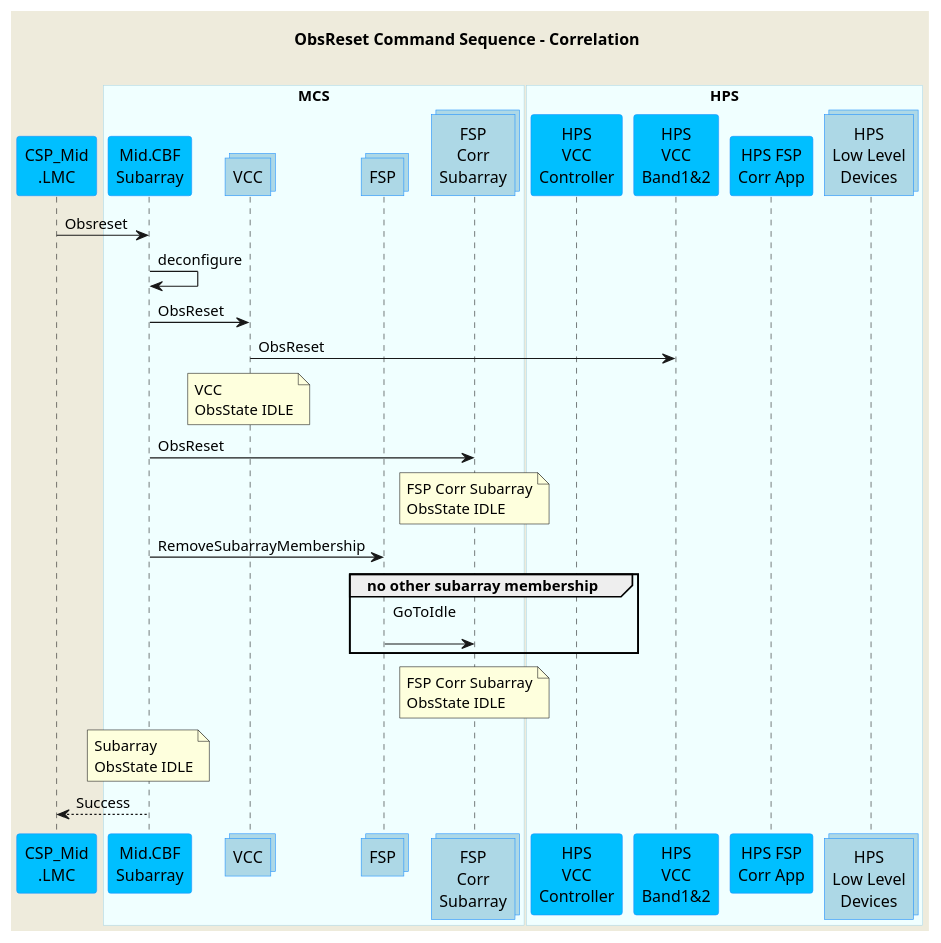
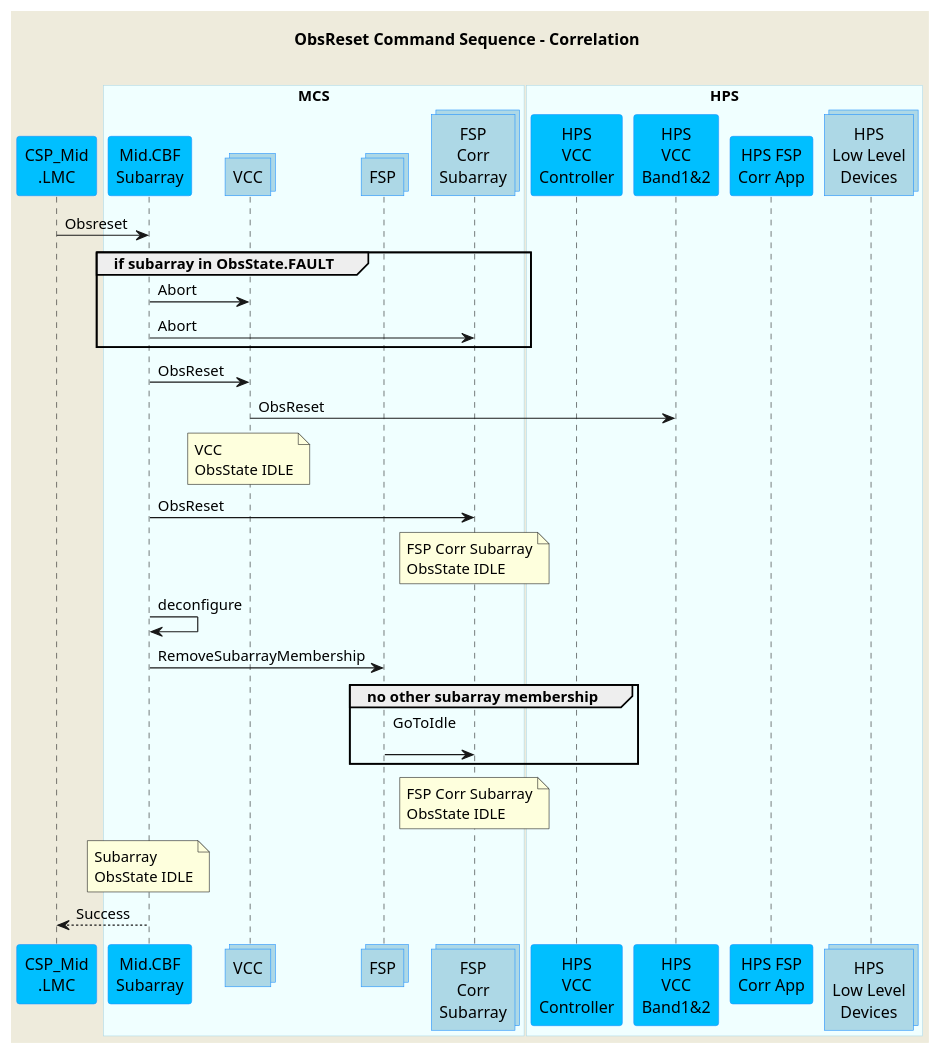
Before and after one commit to ska-telescope/mid-cbf-mcs: the diagram in docs/src/diagrams/obsreset-command.puml, drawn with PlantUML. The commit also changed 3 other files, not shown here.

```diff
--- a/docs/src/diagrams/obsreset-command.puml
+++ b/docs/src/diagrams/obsreset-command.puml
@@ -1,61 +1,69 @@
 @startuml
 'https://plantuml.com/sequence-diagram
 
 skinparam backgroundColor #EEEBDC
 skinparam sequence {
 ParticipantBorderColor DodgerBlue
 ParticipantBackgroundColor DeepSkyBlue
 ActorBorderColor DarkGreen
 ActorBackgroundColor Green
 BoxBorderColor LightBlue
 BoxBackgroundColor #F0FFFF
 }
 
 skinparam collections {
   BackGroundColor LightBlue
   BorderColor DodgerBlue
 }
 
 skinparam database {
   BackgroundColor LightGreen
   BorderColor DarkGreen
 }
 
 title ObsReset Command Sequence - Correlation\n
 
 participant "CSP_Mid\n.LMC" as lmc
 
 box "MCS"
 participant "Mid.CBF\nSubarray" as subarray
 collections "VCC" as vcc
 collections "FSP" as fsp
 collections "FSP\nCorr\nSubarray" as fspsubarray
 end box
 
 box "HPS"
 participant "HPS\nVCC\nController" as hpsvcc
 participant "HPS\nVCC\nBand1&2" as hpsvccband
 participant "HPS FSP\nCorr App" as hpsfsp
 collections "HPS\nLow Level\nDevices" as hpsdevices
 end box
 
 lmc         ->  subarray      : Obsreset
 
-subarray    ->  subarray      : deconfigure
+group if subarray in ObsState.FAULT
+subarray    ->  vcc           : Abort
+subarray    ->  fspsubarray   : Abort
+end group
+
 subarray    ->  vcc           : ObsReset
 vcc         ->  hpsvccband    : ObsReset
+
 note over vcc                 : VCC\nObsState IDLE
 subarray    ->  fspsubarray   : ObsReset
+
 note over fspsubarray         : FSP Corr Subarray\nObsState IDLE
+
+subarray    ->  subarray      : deconfigure
 subarray    ->  fsp           : RemoveSubarrayMembership
 
 group no other subarray membership
 fsp         ->  fspsubarray   : GoToIdle\n
 end group
 
 note over fspsubarray         : FSP Corr Subarray\nObsState IDLE
 note over subarray            : Subarray\nObsState IDLE
 lmc        <--  subarray      : Success
 
 
 @enduml
```
